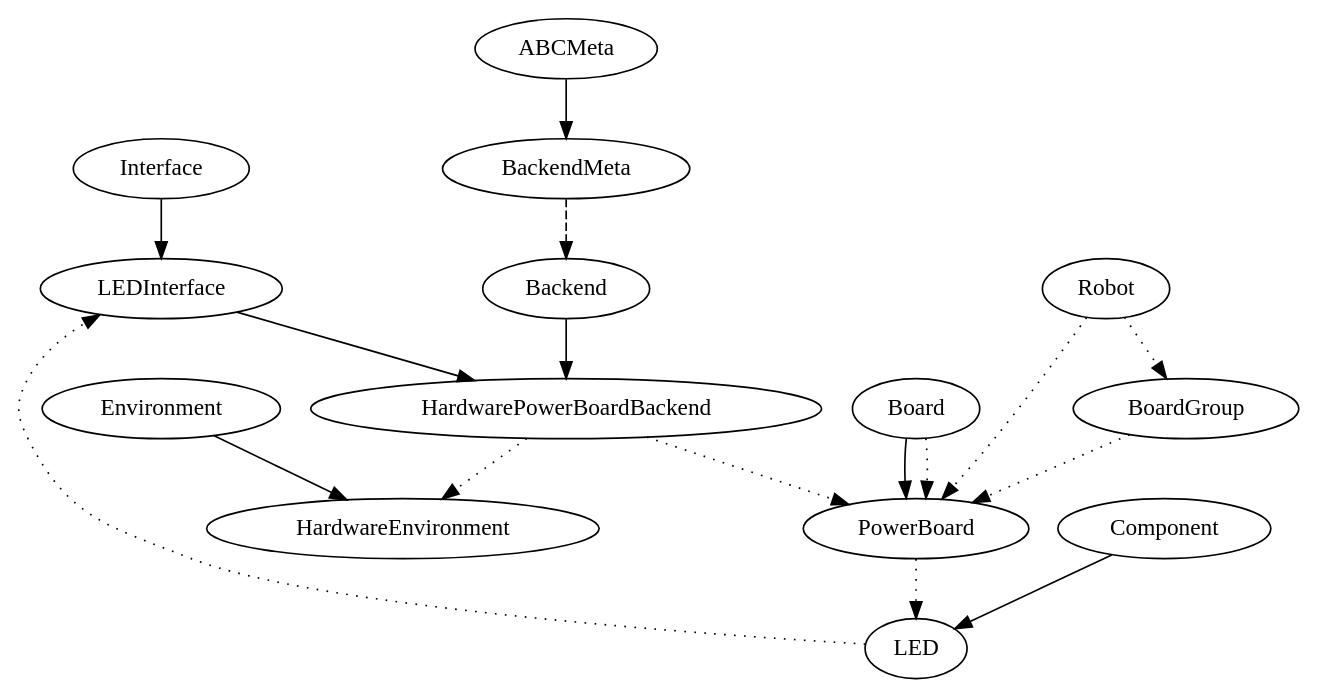
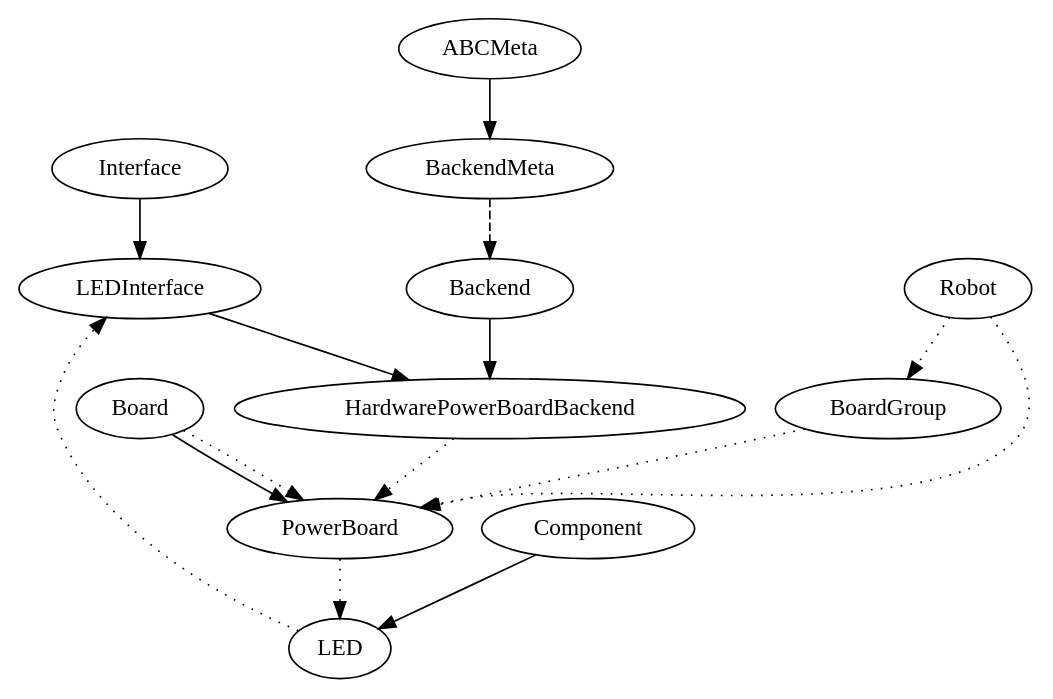
One commit to srobo/j5 changed the fourth of 4 diagrams in docs/concepts/structure.rst. Above: the diagram before and after it, drawn with Graphviz. The commit also changed other lines of this file, not shown here.

Commit message:
Remove Environment from structure diagrams

```diff
--- a/docs/concepts/structure.rst
+++ b/docs/concepts/structure.rst
@@ -86,19 +83,18 @@
 .. graphviz::
 
    digraph {
         Interface -> LEDInterface
         {LEDInterface, Backend} -> HardwarePowerBoardBackend
-        Environment -> HardwareEnvironment
         Component -> LED
         Board -> PowerBoard
 
         ABCMeta -> BackendMeta
         BackendMeta -> Backend [style=dashed]
 
-        HardwarePowerBoardBackend -> {HardwareEnvironment, PowerBoard} [style=dotted]
+        HardwarePowerBoardBackend -> {PowerBoard} [style=dotted]
         PowerBoard -> LED [style=dotted]
         Board -> PowerBoard [style=dotted]
         BoardGroup -> PowerBoard [style=dotted]
         LED -> LEDInterface [style=dotted]
         Robot -> {BoardGroup, PowerBoard}  [style=dotted]
    }
```
